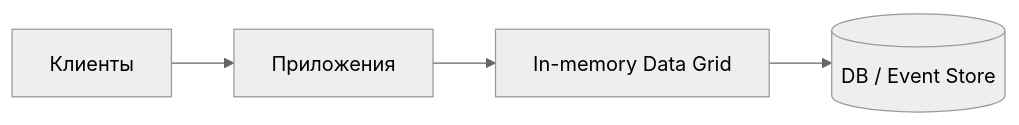
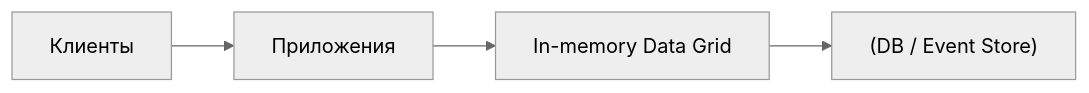
Before and after one commit to DDoSKudya/ai-study-atlas: the first of 2 diagrams in directions/architecture/pact/18_backend_dannye_v_arkhitekture_replikatsiya_shardirovanie_kesh_poliglot_persistenciya/03_18_3_poliglot_persistentnost_kesh_i_space_based_arhitektura.md, drawn with Mermaid (neutral theme). The commit also changed other lines of this file and 322 other files, not shown here.

Commit message:
fix(docs): make mermaid diagrams GitHub-compatible across directions content

````diff
--- a/directions/architecture/pact/18_backend_dannye_v_arkhitekture_replikatsiya_shardirovanie_kesh_poliglot_persistenciya/03_18_3_poliglot_persistentnost_kesh_i_space_based_arhitektura.md
+++ b/directions/architecture/pact/18_backend_dannye_v_arkhitekture_replikatsiya_shardirovanie_kesh_poliglot_persistenciya/03_18_3_poliglot_persistentnost_kesh_i_space_based_arhitektura.md
@@ -147,6 +147,6 @@
 ```mermaid
 flowchart LR
-  Client[Клиенты] --> App[Приложения]
-  App --> Grid[In-memory Data Grid]
-  Grid --> DB[(DB / Event Store)]
+  Client["Клиенты"] --> App["Приложения"]
+  App --> Grid["In-memory Data Grid"]
+  Grid --> DB["(DB / Event Store)"]
 ```
````
